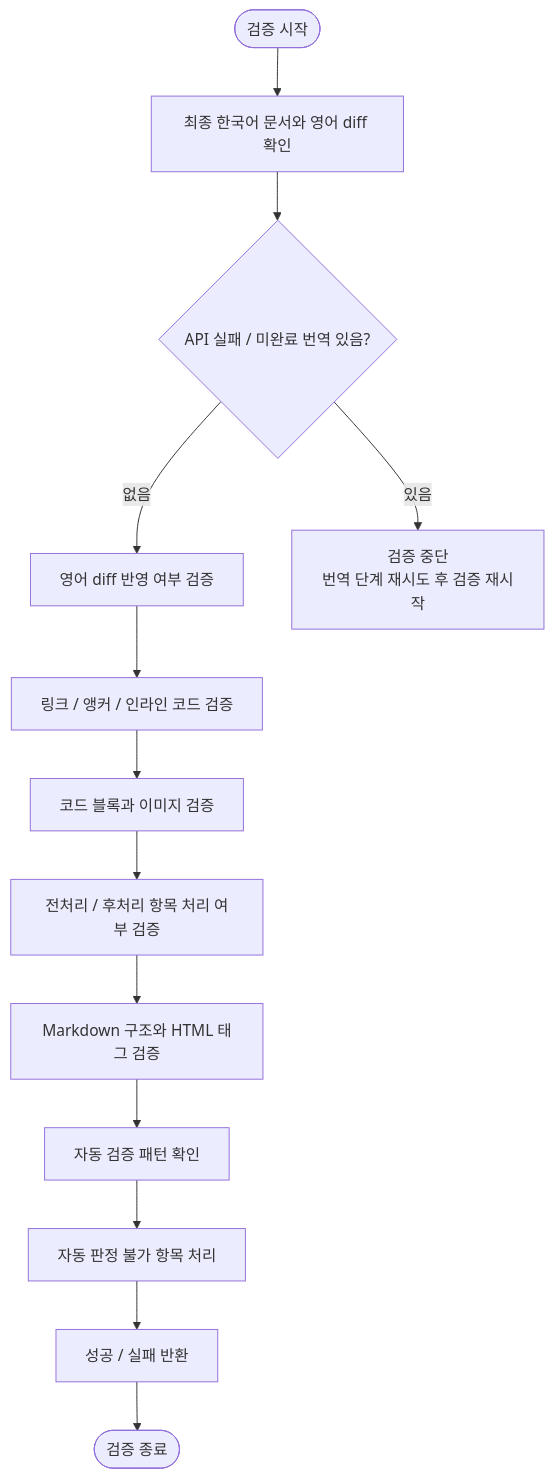
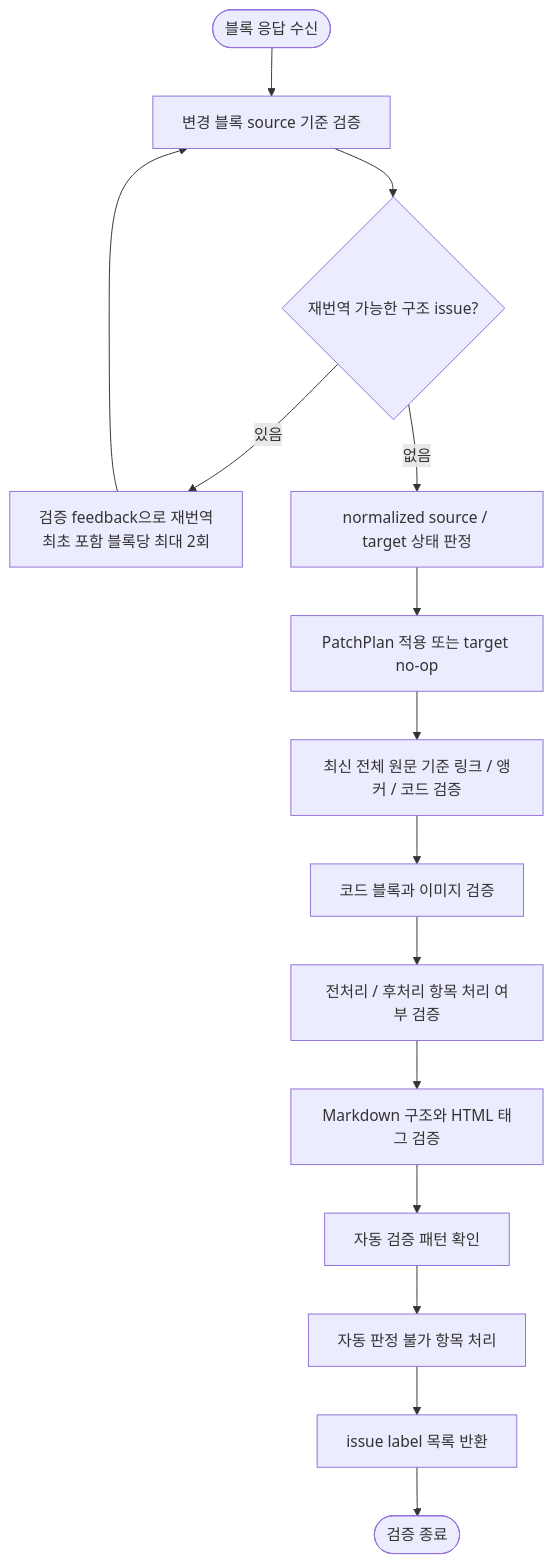
Before and after one commit to letsescape/laravel-docs: the diagram in translation-sync/docs/04-verification.md, drawn with Mermaid. The commit also changed other lines of this file and 76 other files, not shown here.

````diff
--- a/translation-sync/docs/04-verification.md
+++ b/translation-sync/docs/04-verification.md
@@ -5,15 +5,17 @@
 ```mermaid
 flowchart TD
-    A([검증 시작]) --> B["최종 한국어 문서와 영어 diff 확인"]
-    B --> X{"API 실패 / 미완료 번역 있음?"}
-    X -- " 없음 " --> C["영어 diff 반영 여부 검증"]
-    X -- " 있음 " --> R["검증 중단<br/>번역 단계 재시도 후 검증 재시작"]
-    C --> D["링크 / 앵커 / 인라인 코드 검증"]
+    A([블록 응답 수신]) --> B["변경 블록 source 기준 검증"]
+    B --> X{"재번역 가능한 구조 issue?"}
+    X -- " 있음 " --> R["검증 feedback으로 재번역<br/>최초 포함 블록당 최대 2회"]
+    R --> B
+    X -- " 없음 " --> S["normalized source / target 상태 판정"]
+    S --> C["PatchPlan 적용 또는 target no-op"]
+    C --> D["최신 전체 원문 기준 링크 / 앵커 / 코드 검증"]
     D --> E["코드 블록과 이미지 검증"]
     E --> F["전처리 / 후처리 항목 처리 여부 검증"]
     F --> G["Markdown 구조와 HTML 태그 검증"]
     G --> H["자동 검증 패턴 확인"]
     H --> I["자동 판정 불가 항목 처리"]
-    I --> J["성공 / 실패 반환"]
+    I --> J["issue label 목록 반환"]
     J --> K([검증 종료])
 ```
````
